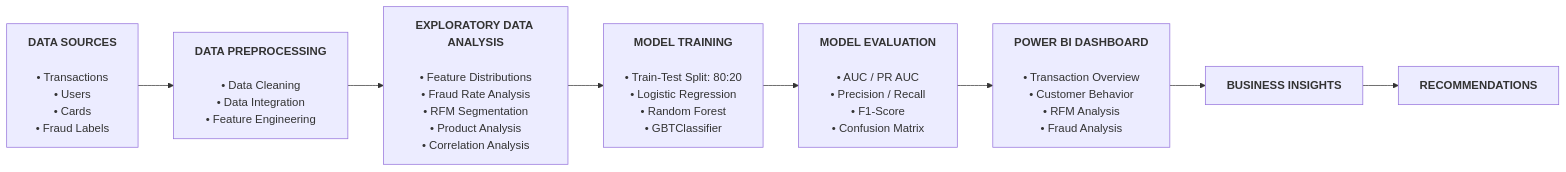
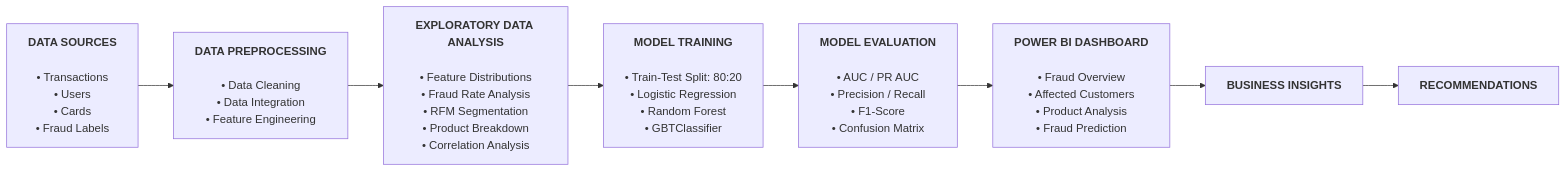
The diagram in README_en.md (ngocminh0123/Banking-Transaction-Analysis), drawn with Mermaid before and after one commit. The commit also changed other lines of this file and 4 other files, not shown here.

````diff
--- a/README_en.md
+++ b/README_en.md
@@ -139,52 +111,51 @@
 ```mermaid
 flowchart LR
 
 A["<b>DATA SOURCES</b>
 
 • Transactions
 • Users
 • Cards
 • Fraud Labels"]
 
 B["<b>DATA PREPROCESSING</b>
 
 • Data Cleaning
 • Data Integration
 • Feature Engineering"]
 
 C["<b>EXPLORATORY DATA ANALYSIS</b>
 
 • Feature Distributions
 • Fraud Rate Analysis
 • RFM Segmentation
-• Product Analysis
+• Product Breakdown
 • Correlation Analysis"]
 
 D["<b>MODEL TRAINING</b>
 
 • Train-Test Split: 80:20
 • Logistic Regression
 • Random Forest
 • GBTClassifier"]
 
 E["<b>MODEL EVALUATION</b>
 
 • AUC / PR AUC
 • Precision / Recall
 • F1-Score
 • Confusion Matrix"]
 
 F["<b>POWER BI DASHBOARD</b>
 
-• Transaction Overview
-• Customer Behavior
-• RFM Analysis
-• Fraud Analysis"]
+• Fraud Overview
+• Affected Customers
+• Product Analysis
+• Fraud Prediction"]
 
 G["<b>BUSINESS INSIGHTS</b>"]
 
 H["<b>RECOMMENDATIONS</b>"]
 
 A --> B --> C --> D --> E --> F --> G --> H
-
-``` 
+```
````
